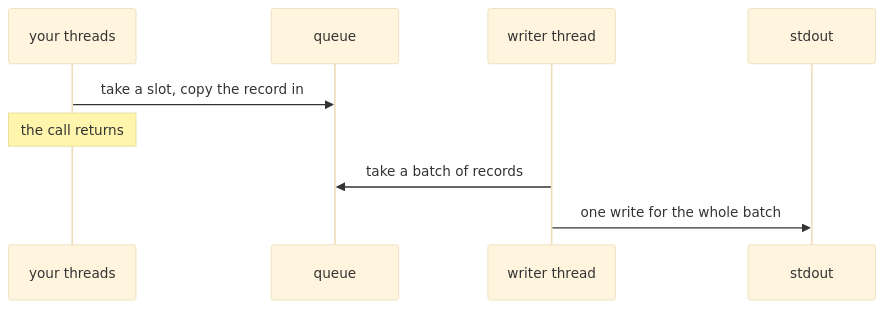
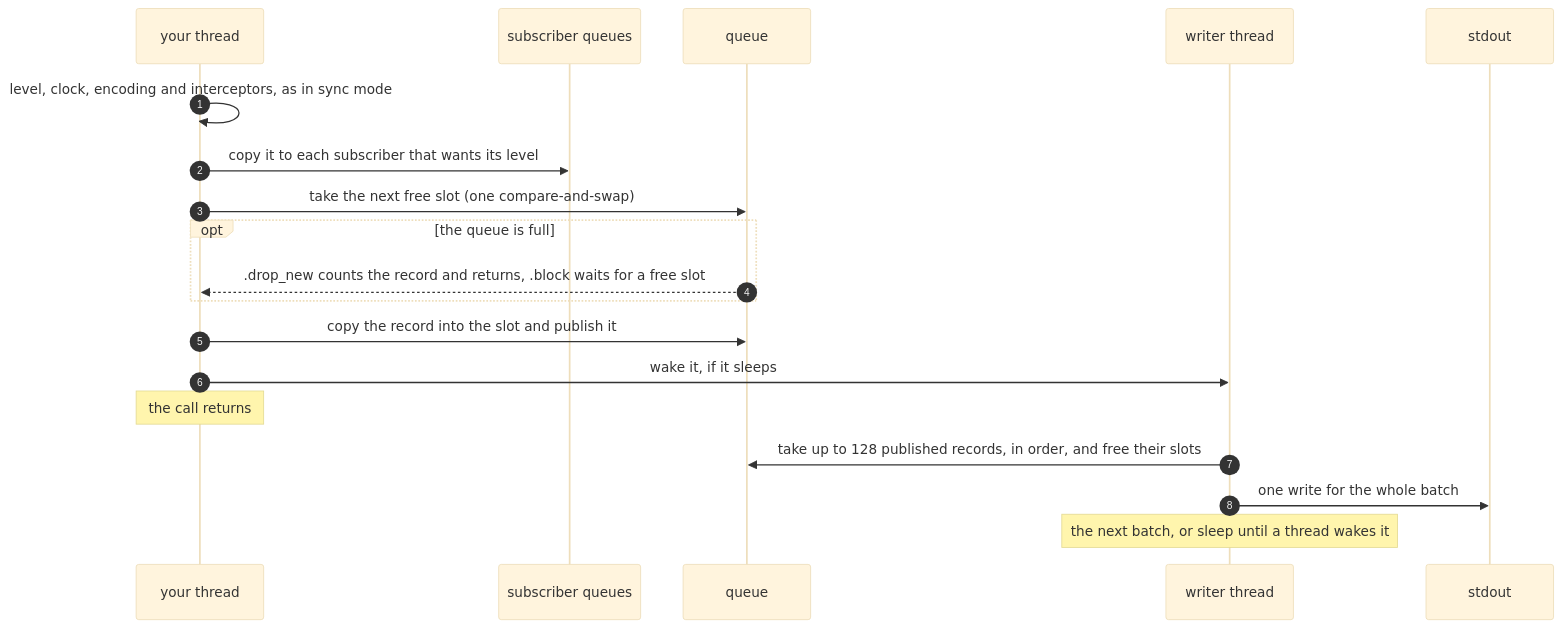
Before and after one commit to vkiryakov/zefir: the seventh of 11 diagrams in src/log/examples/README.md, drawn with Mermaid (base theme). The commit also changed other lines of this file, not shown here.

Commit message:
Draw sync and queued modes in detail

````diff
--- a/src/log/examples/README.md
+++ b/src/log/examples/README.md
@@ -548,11 +615,21 @@
 ```mermaid
 sequenceDiagram
-    participant T as your threads
+    autonumber
+    participant T as your thread
+    participant S as subscriber queues
     participant Q as queue
     participant W as writer thread
     participant O as stdout
-    T->>Q: take a slot, copy the record in
+    T->>T: level, clock, encoding and interceptors, as in sync mode
+    T->>S: copy it to each subscriber that wants its level
+    T->>Q: take the next free slot (one compare-and-swap)
+    opt the queue is full
+        Q-->>T: .drop_new counts the record and returns, .block waits for a free slot
+    end
+    T->>Q: copy the record into the slot and publish it
+    T->>W: wake it, if it sleeps
     Note over T: the call returns
-    W->>Q: take a batch of records
+    W->>Q: take up to 128 published records, in order, and free their slots
     W->>O: one write for the whole batch
+    Note over W: the next batch, or sleep until a thread wakes it
 ```
````
